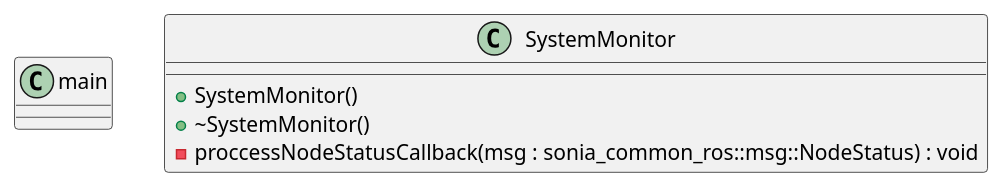
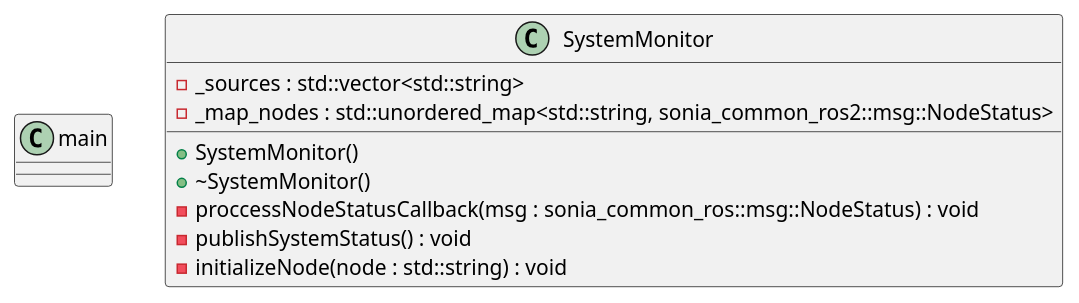
The diagram in doc/ClassDiagram.wsd (sonia-auv/sonia_deploy), drawn with PlantUML before and after one commit. The commit also changed 2 other files, not shown here.

```diff
--- a/doc/ClassDiagram.wsd
+++ b/doc/ClassDiagram.wsd
@@ -1,11 +1,15 @@
 @startuml template
     class main{
         }
     class SystemMonitor{
+        - _sources : std::vector<std::string>
+        - _map_nodes : std::unordered_map<std::string, sonia_common_ros2::msg::NodeStatus>
     
         + SystemMonitor()
         + ~SystemMonitor()
-        - proccessNodeStatusCallback(msg : sonia_common_ros::msg::NodeStatus) : void        
+        - proccessNodeStatusCallback(msg : sonia_common_ros::msg::NodeStatus) : void
+        - publishSystemStatus() : void
+        - initializeNode(node : std::string) : void       
 
     }
 @enduml
```
